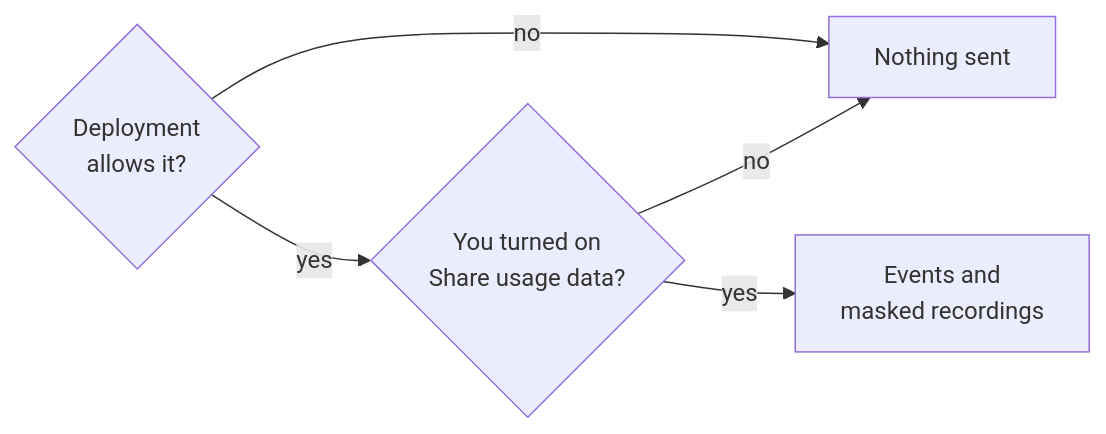
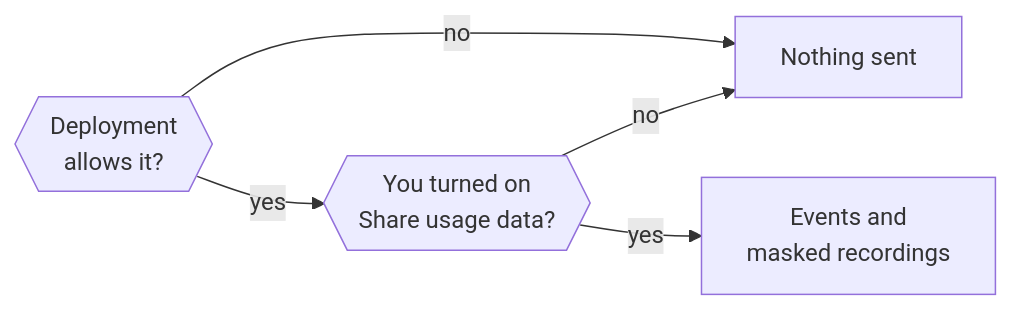
Before and after one commit to n8n-io/nod: the diagram in docs/src/content/docs/deploy/analytics.md, drawn with Mermaid. The commit also changed 54 other files, not shown here.

````diff
--- a/docs/src/content/docs/deploy/analytics.md
+++ b/docs/src/content/docs/deploy/analytics.md
@@ -18,7 +18,7 @@
 ```mermaid
 flowchart LR
-  deploy{Deployment<br/>allows it?} -- yes --> owner{You turned on<br/>Share usage data?}
+  deploy{{Deployment<br/>allows it?}} -- yes --> owner{{You turned on<br/>Share usage data?}}
   deploy -- no --> off[Nothing sent]:::stop
   owner -- no --> off
   owner -- yes --> on[Events and<br/>masked recordings]:::go
 ```
````
